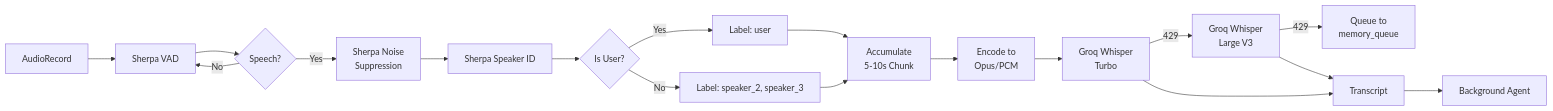
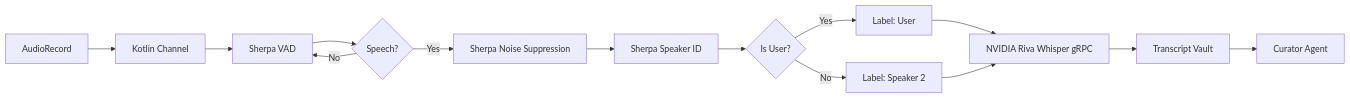
Before and after one commit to AtharvRG/Mine: the diagram in 07 - Audio Processing Pipeline.md, drawn with Mermaid. The commit also changed other lines of this file and 18 other files, not shown here.

Commit message:
Update infrastructure and architecture documentation to reflect new system design, including the 3-Key Architecture for API usage, local vector database integration, and updated component stack.

````diff
--- a/07 - Audio Processing Pipeline.md
+++ b/07 - Audio Processing Pipeline.md
@@ -17,20 +15,16 @@
 ```mermaid
 flowchart LR
-  A[AudioRecord] --> B[Sherpa VAD]
-  B --> C{Speech?}
-  C -->|No| B
-  C -->|Yes| D[Sherpa Noise<br/>Suppression]
-  D --> E[Sherpa Speaker ID]
-  E --> F{Is User?}
-  F -->|Yes| G[Label: user]
-  F -->|No| H[Label: speaker_2, speaker_3]
-  G --> I[Accumulate<br/>5-10s Chunk]
-  H --> I
-  I --> J[Encode to<br/>Opus/PCM]
-  J --> K[Groq Whisper<br/>Turbo]
-  K -->|429| L[Groq Whisper<br/>Large V3]
-  L -->|429| M[Queue to<br/>memory_queue]
-  K --> N[Transcript]
-  L --> N
-  N --> O[Background Agent]
+A[AudioRecord] --> B[Kotlin Channel]
+B --> C[Sherpa VAD]
+C --> D{Speech?}
+D -->|No| C
+D -->|Yes| E[Sherpa Noise Suppression]
+E --> F[Sherpa Speaker ID]
+F --> G{Is User?}
+G -->|Yes| H[Label: User]
+G -->|No| I[Label: Speaker 2]
+H --> J[NVIDIA Riva Whisper gRPC]
+I --> J
+J --> K[Transcript Vault]
+K --> L[Curator Agent]
 ```
````
